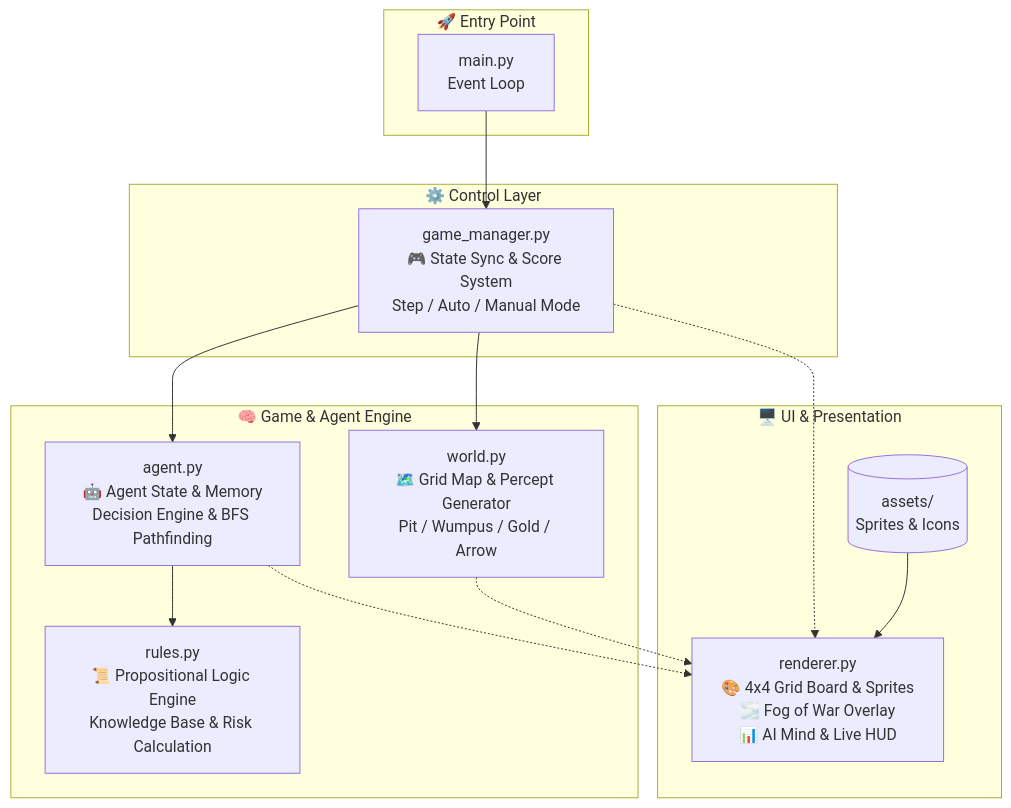
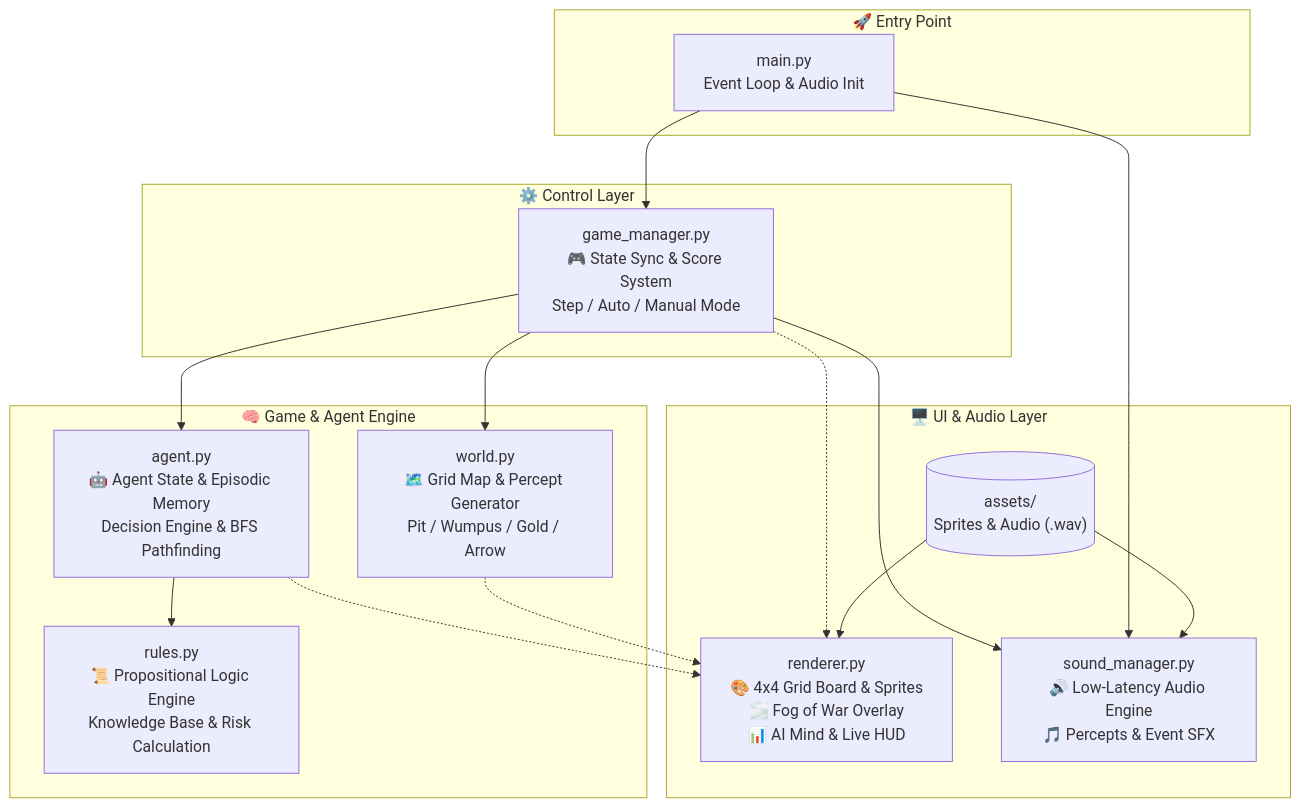
The first of 2 diagrams in README.md (OnlyDev321/wumpus-world), drawn with Mermaid before and after one commit.

Commit message:
docs: add content sound_manager.py into architecture

````diff
--- a/README.md
+++ b/README.md
@@ -44,30 +44,34 @@
 ```mermaid
 flowchart TD
-    subgraph UI_Layer["🖥️ UI & Presentation"]
+    subgraph UI_Audio_Layer["🖥️ UI & Audio Layer"]
         Renderer["renderer.py<br/>🎨 4x4 Grid Board & Sprites<br/>🌫️ Fog of War Overlay<br/>📊 AI Mind & Live HUD"]
-        Assets[("assets/<br/>Sprites & Icons")]
+        SoundMgr["sound_manager.py<br/>🔊 Low-Latency Audio Engine<br/>🎵 Percepts & Event SFX"]
+        Assets[("assets/<br/>Sprites & Audio (.wav)")]
         Assets --> Renderer
+        Assets --> SoundMgr
     end
 
     subgraph Entry["🚀 Entry Point"]
-        Main["main.py<br/>Event Loop"]
+        Main["main.py<br/>Event Loop & Audio Init"]
     end
 
     subgraph Control_Layer["⚙️ Control Layer"]
         GM["game_manager.py<br/>🎮 State Sync & Score System<br/>Step / Auto / Manual Mode"]
     end
 
     subgraph Core_Game["🧠 Game & Agent Engine"]
         World["world.py<br/>🗺️ Grid Map & Percept Generator<br/>Pit / Wumpus / Gold / Arrow"]
-        Agent["agent.py<br/>🤖 Agent State & Memory<br/>Decision Engine & BFS Pathfinding"]
+        Agent["agent.py<br/>🤖 Agent State & Episodic Memory<br/>Decision Engine & BFS Pathfinding"]
         Rules["rules.py<br/>📜 Propositional Logic Engine<br/>Knowledge Base & Risk Calculation"]
     end
 
     Main --> GM
+    Main --> SoundMgr
     GM --> World
     GM --> Agent
+    GM --> SoundMgr
     Agent --> Rules
     GM -.-> Renderer
     World -.-> Renderer
     Agent -.-> Renderer
 ```
````
